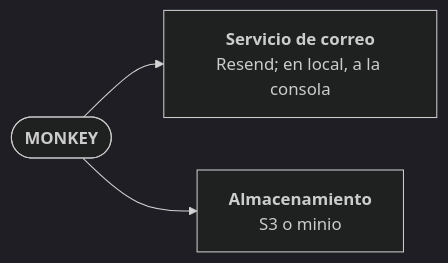
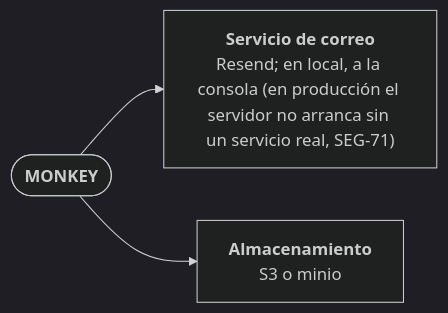
One commit to Monkey-GRC/Monkey-Brain-IA changed the first of 3 diagrams in skills/product/monkey-compliance-council/references/arquitectura/plataforma/01-c4.md. Above: the diagram before and after it, drawn with Mermaid (dark theme). The commit also changed other lines of this file and 168 other files, not shown here.

Commit message:
docs(brain): user stories and use cases with UML for all 13 modules, Jira epics MD-316..MD-324, branded PDF export, stories only from decided items, D113 approved, closed DT-1/9/10/25/32/33/34/35/57, SEG-45/60/71 done and SEG-59 reopened, contracts and module docs aligned with the code (MD-246)

````diff
--- a/skills/product/monkey-compliance-council/references/arquitectura/plataforma/01-c4.md
+++ b/skills/product/monkey-compliance-council/references/arquitectura/plataforma/01-c4.md
@@ -7,8 +7,8 @@
 ```mermaid
 flowchart LR
     monkey(["<b>MONKEY</b>"])
-    correo["<b>Servicio de correo</b><br/>Resend; en local, a la consola"]
+    correo["<b>Servicio de correo</b><br/>Resend; en local, a la consola (en producción el servidor no arranca sin un servicio real, SEG-71)"]
     s3["<b>Almacenamiento</b><br/>S3 o minio"]
     monkey --> correo
     monkey --> s3
 ```
````
